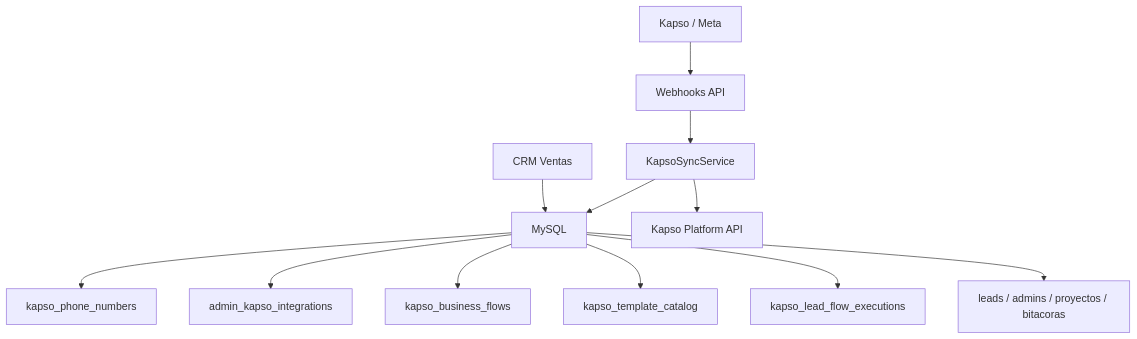
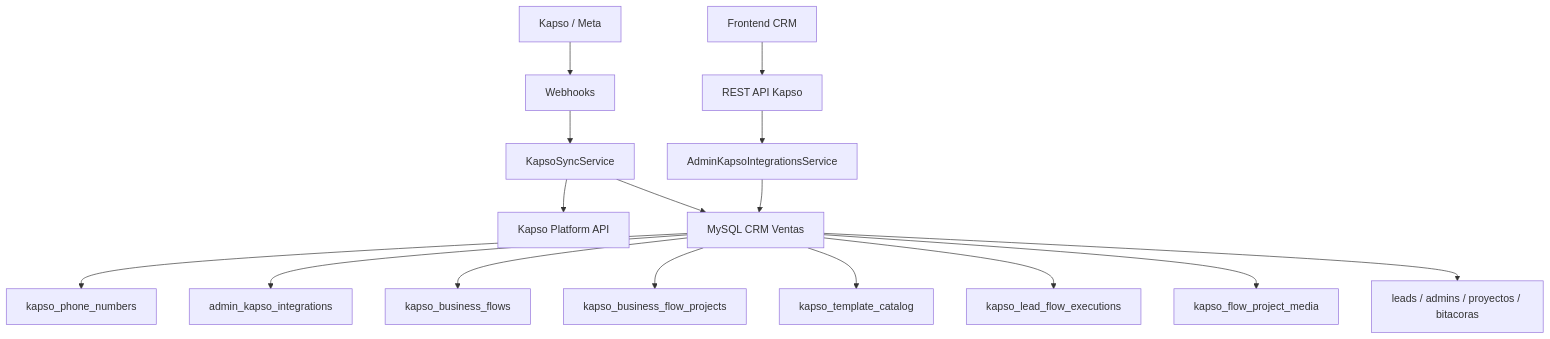
Before and after one commit to roccacr/CRM_VENTAS: the second of 7 diagrams in README.md, drawn with Mermaid. The commit also changed other lines of this file and 15 other files, not shown here.

Commit message:
Update Kapso API documentation and enhance media handling features

````diff
--- a/README.md
+++ b/README.md
@@ -150,14 +161,18 @@
 ```mermaid
 flowchart TD
-  K["Kapso / Meta"] --> W["Webhooks API"]
-  CRM["CRM Ventas"] --> DB["MySQL"]
-  W --> S["KapsoSyncService"]
-  S --> KP["Kapso Platform API"]
-  S --> DB
-  DB --> PN["kapso_phone_numbers"]
-  DB --> AK["admin_kapso_integrations"]
-  DB --> BF["kapso_business_flows"]
-  DB --> TP["kapso_template_catalog"]
-  DB --> EX["kapso_lead_flow_executions"]
-  DB --> CORE["leads / admins / proyectos / bitacoras"]
+  K["Kapso / Meta"] --> WH["Webhooks"]
+  WH --> KS["KapsoSyncService"]
+  KS --> KP["Kapso Platform API"]
+  KS --> DB["MySQL CRM Ventas"]
+  CRM["Frontend CRM"] --> REST["REST API Kapso"]
+  REST --> ADM["AdminKapsoIntegrationsService"]
+  ADM --> DB
+  DB --> N["kapso_phone_numbers"]
+  DB --> A["admin_kapso_integrations"]
+  DB --> F["kapso_business_flows"]
+  DB --> P["kapso_business_flow_projects"]
+  DB --> T["kapso_template_catalog"]
+  DB --> E["kapso_lead_flow_executions"]
+  DB --> M["kapso_flow_project_media"]
+  DB --> C["leads / admins / proyectos / bitacoras"]
 ```
````
